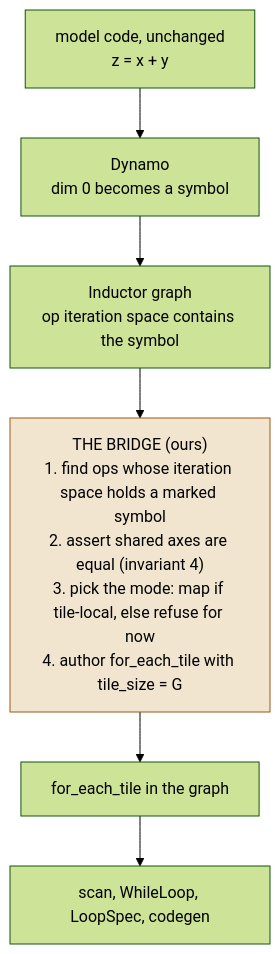
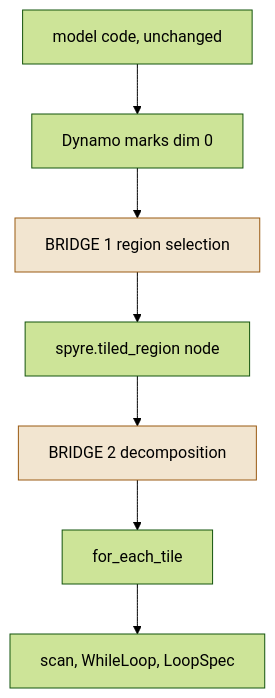
Before and after one commit to GopikrishnaGitRepo/torch-spyre: the fourth of 13 diagrams in docs/source/compiler/symbolic_shapes.md, drawn with Mermaid (forest theme). The commit also changed other lines of this file, not shown here.

````diff
--- a/docs/source/compiler/symbolic_shapes.md
+++ b/docs/source/compiler/symbolic_shapes.md
@@ -287,12 +310,13 @@
 ```mermaid
 flowchart TB
-  u["model code, unchanged<br/>z = x + y"]
-  dy["Dynamo<br/>dim 0 becomes a symbol"]
-  ind["Inductor graph<br/>op iteration space contains the symbol"]
-  br["THE BRIDGE (ours)<br/>1. find ops whose iteration space holds a marked symbol<br/>2. assert shared axes are equal (invariant 4)<br/>3. pick the mode: map if tile-local, else refuse for now<br/>4. author for_each_tile with tile_size = G"]
-  fet["for_each_tile in the graph"]
-  rest["scan, WhileLoop, LoopSpec, codegen"]
-  u --> dy --> ind --> br --> fet --> rest
+  u["model code, unchanged"]
+  dy["Dynamo marks dim 0"]
+  p1["BRIDGE 1 region selection"]
+  op["spyre.tiled_region node"]
+  p2["BRIDGE 2 decomposition"]
+  fet["for_each_tile"]
+  rest["scan, WhileLoop, LoopSpec"]
+  u --> dy --> p1 --> op --> p2 --> fet --> rest
   classDef new fill:#f2e5d0,stroke:#9a5a12;
-  class br new
+  class p1,p2 new
 ```
````
